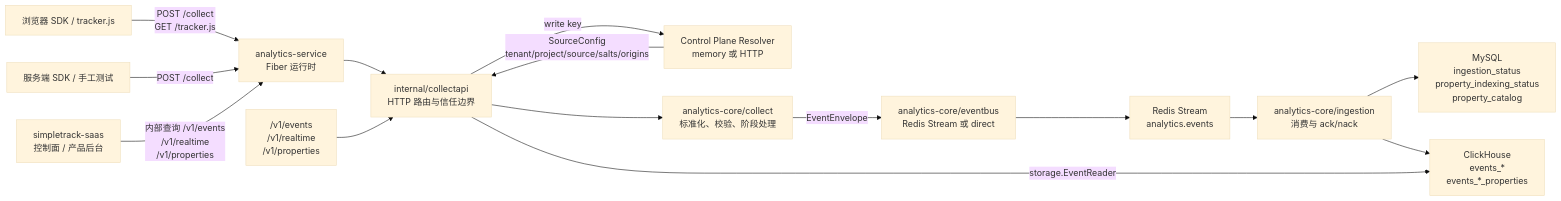
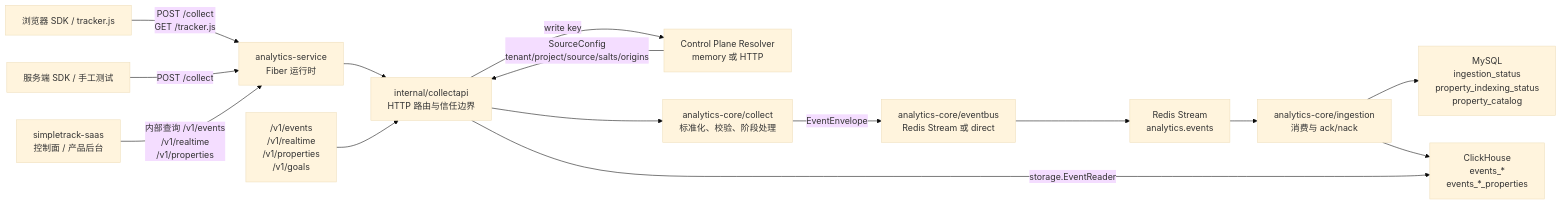
One commit to RoggerZ/uba changed the diagram in docs/analytics-source-reading/README.md. Above: the diagram before and after it, drawn with Mermaid (base theme). The commit also changed other lines of this file and 6 other files, not shown here.

````diff
--- a/docs/analytics-source-reading/README.md
+++ b/docs/analytics-source-reading/README.md
@@ -55,31 +57,31 @@
 ```mermaid
 flowchart LR
     Browser["浏览器 SDK / tracker.js"]
     ServerSDK["服务端 SDK / 手工测试"]
     SaaS["simpletrack-saas<br/>控制面 / 产品后台"]
     CP["Control Plane Resolver<br/>memory 或 HTTP"]
     Service["analytics-service<br/>Fiber 运行时"]
     CollectAPI["internal/collectapi<br/>HTTP 路由与信任边界"]
     CoreCollect["analytics-core/collect<br/>标准化、校验、阶段处理"]
     EventBus["analytics-core/eventbus<br/>Redis Stream 或 direct"]
     Redis["Redis Stream<br/>analytics.events"]
     Ingestion["analytics-core/ingestion<br/>消费与 ack/nack"]
     MySQL["MySQL<br/>ingestion_status<br/>property_indexing_status<br/>property_catalog"]
     ClickHouse["ClickHouse<br/>events_*<br/>events_*_properties"]
-    QueryAPI["/v1/events<br/>/v1/realtime<br/>/v1/properties"]
+    QueryAPI["/v1/events<br/>/v1/realtime<br/>/v1/properties<br/>/v1/goals"]
 
     Browser -->|"POST /collect<br/>GET /tracker.js"| Service
     ServerSDK -->|"POST /collect"| Service
     SaaS -->|"内部查询 /v1/events<br/>/v1/realtime<br/>/v1/properties"| Service
     Service --> CollectAPI
     CollectAPI -->|"write key"| CP
     CP -->|"SourceConfig<br/>tenant/project/source/salts/origins"| CollectAPI
     CollectAPI --> CoreCollect
     CoreCollect -->|"EventEnvelope"| EventBus
     EventBus --> Redis
     Redis --> Ingestion
     Ingestion --> MySQL
     Ingestion --> ClickHouse
     QueryAPI --> CollectAPI
     CollectAPI -->|"storage.EventReader"| ClickHouse
 ```
````
